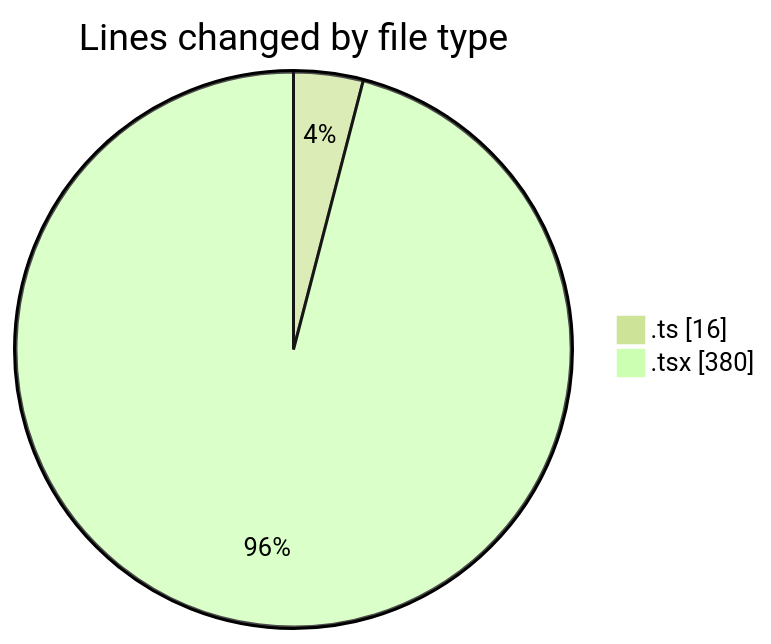
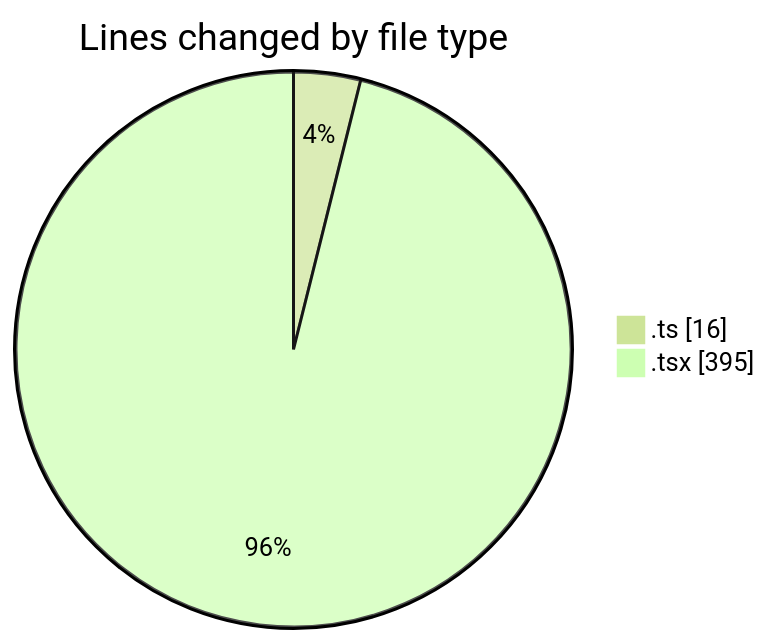
Before and after one commit to nxtqubesakshisongat/code-tracking: the first of 2 diagrams in 2026-04-15/airfeed-analytics-dashboard/README.md, drawn with Mermaid (forest theme). The commit also changed other lines of this file and 1 other file, not shown here.

````diff
--- a/2026-04-15/airfeed-analytics-dashboard/README.md
+++ b/2026-04-15/airfeed-analytics-dashboard/README.md
@@ -25,6 +25,6 @@
 ```mermaid
 pie showData
 title Lines changed by file type
 ".ts" : 16
-".tsx" : 380
+".tsx" : 395
 ```
````
